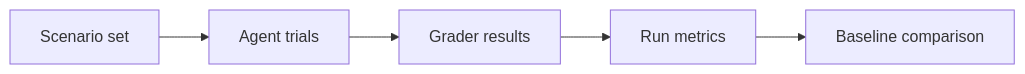
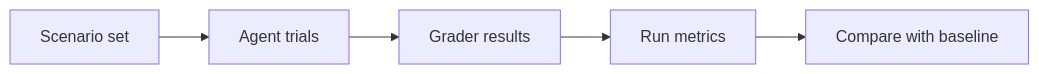
One commit to asquitt/synth-arena changed the diagram in README.md. Above: the diagram before and after it, drawn with Mermaid. The commit also changed other lines of this file and 2 other files, not shown here.

````diff
--- a/README.md
+++ b/README.md
@@ -13,7 +25,7 @@
 ```mermaid
 flowchart LR
     A[Scenario set] --> B[Agent trials]
     B --> C[Grader results]
     C --> D[Run metrics]
-    D --> E[Baseline comparison]
+    D --> E[Compare with baseline]
 ```
````
